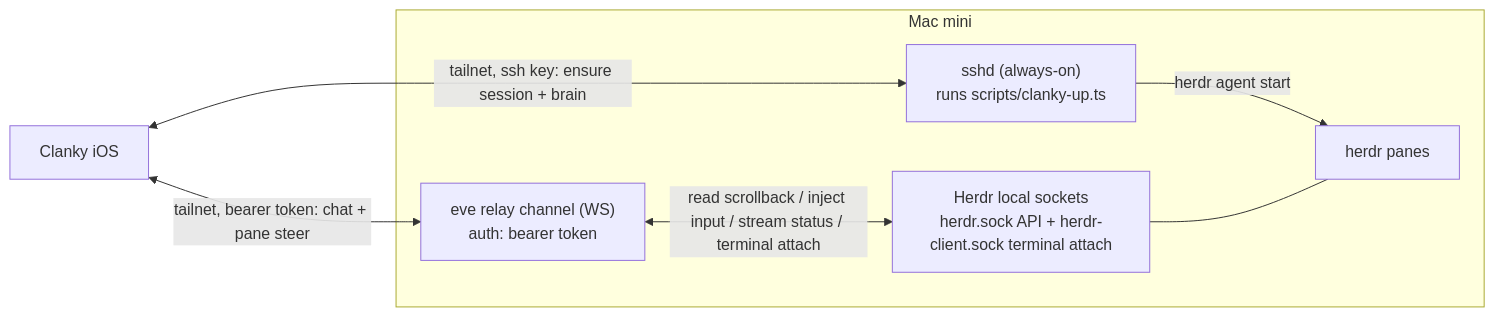
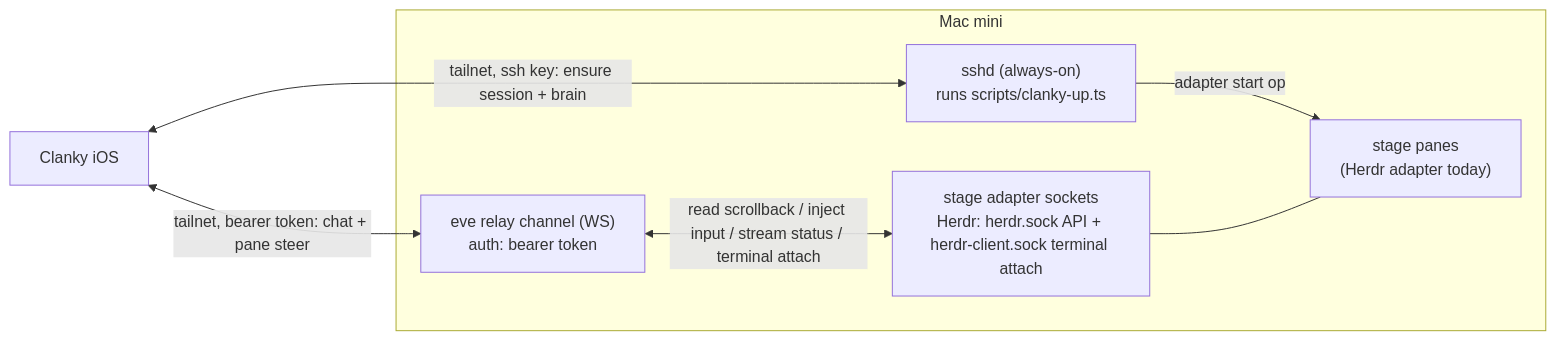
One commit to Volpestyle/clanky changed the second of 3 diagrams in SPEC.md. Above: the diagram before and after it, drawn with Mermaid. The commit also changed other lines of this file and 14 other files, not shown here.

````diff
--- a/SPEC.md
+++ b/SPEC.md
@@ -286,15 +310,15 @@
 ```mermaid
 flowchart LR
   phone["Clanky iOS"]
   subgraph mac["Mac mini"]
     sshd["sshd (always-on)<br/>runs scripts/clanky-up.ts"]
     relay["eve relay channel (WS)<br/>auth: bearer token"]
-    sock["Herdr local sockets<br/>herdr.sock API + herdr-client.sock terminal attach"]
-    herdr["herdr panes"]
+    sock["stage adapter sockets<br/>Herdr: herdr.sock API + herdr-client.sock terminal attach"]
+    stage["stage panes<br/>(Herdr adapter today)"]
   end
   phone <-->|tailnet, ssh key: ensure session + brain| sshd
   phone <-->|tailnet, bearer token: chat + pane steer| relay
-  sshd -->|herdr agent start| herdr
+  sshd -->|adapter start op| stage
   relay <-->|read scrollback / inject input / stream status / terminal attach| sock
-  sock --- herdr
+  sock --- stage
 ```
````
